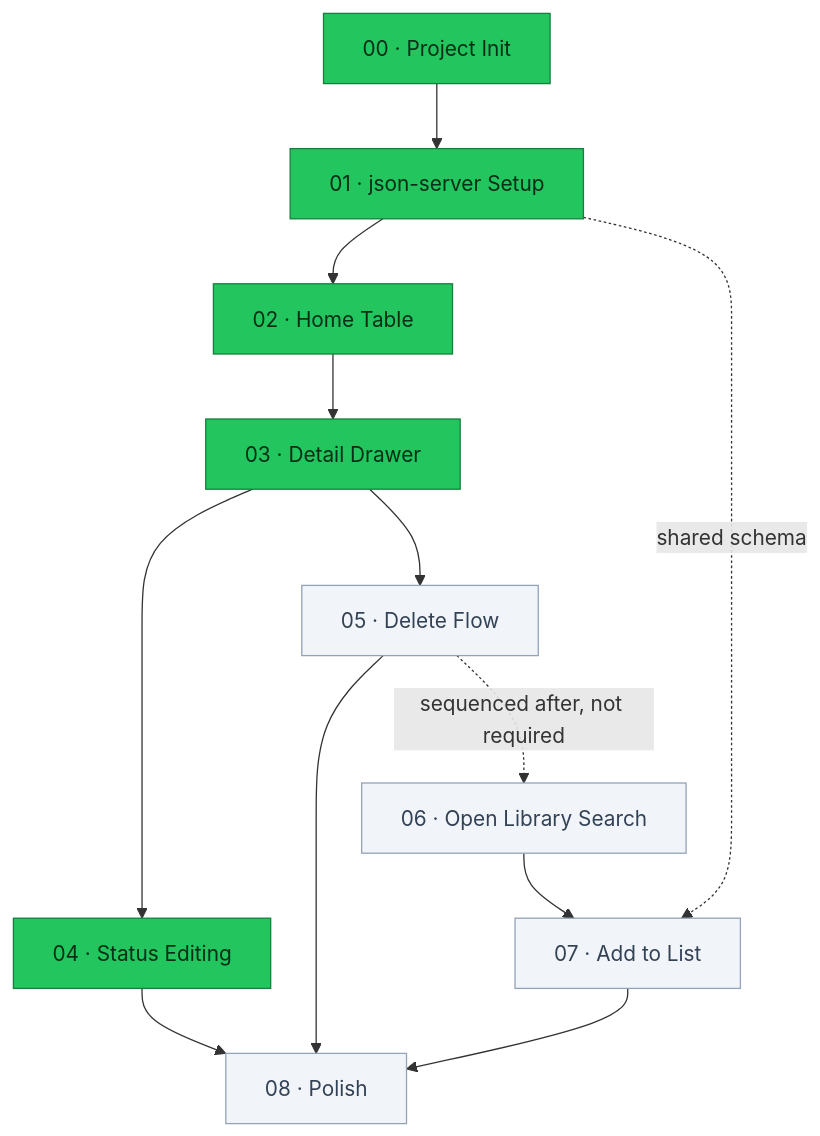
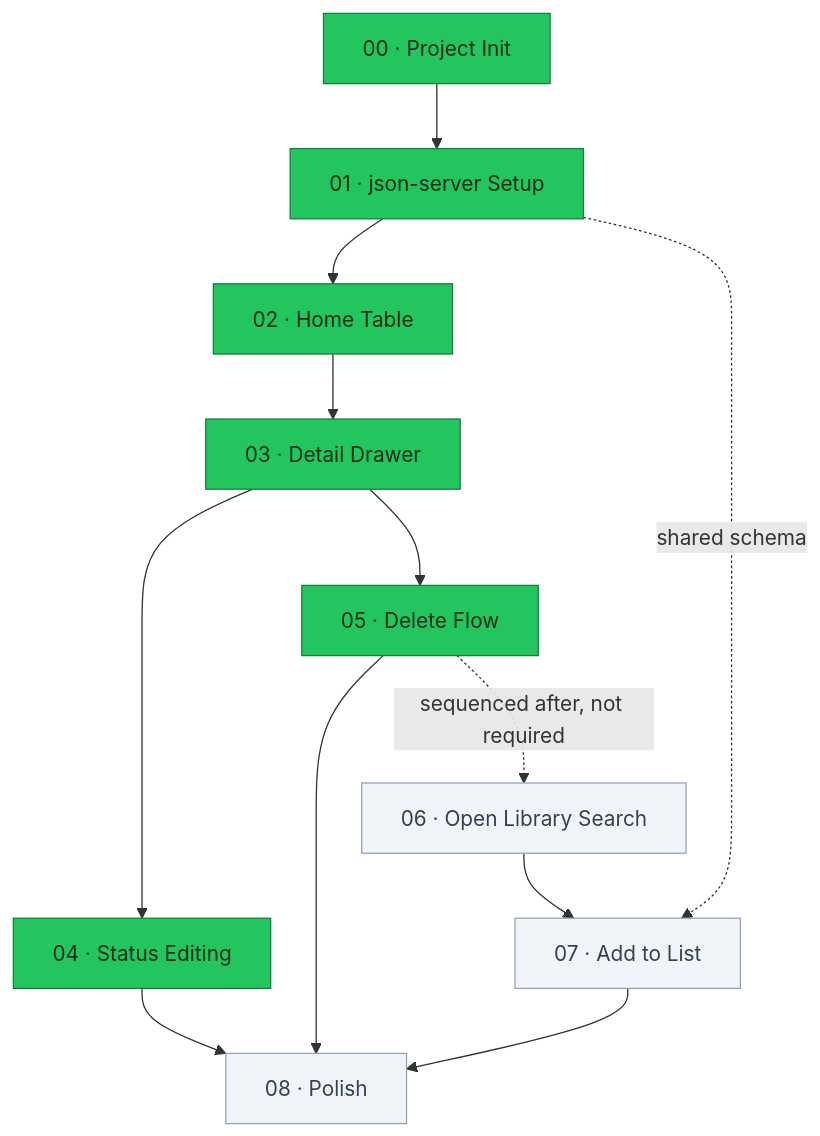
Before and after one commit to raki-rankawat/next-reading-list-app: the first of 3 diagrams in README.md, drawn with Mermaid. The commit also changed other lines of this file and 3 other files, not shown here.

````diff
--- a/README.md
+++ b/README.md
@@ -27,19 +27,19 @@
 ```mermaid
 flowchart TD
     F00["00 · Project Init"] --> F01["01 · json-server Setup"]
     F01 --> F02["02 · Home Table"]
     F02 --> F03["03 · Detail Drawer"]
     F03 --> F04["04 · Status Editing"]
     F03 --> F05["05 · Delete Flow"]
     F05 -.->|"sequenced after, not required"| F06["06 · Open Library Search"]
     F06 --> F07["07 · Add to List"]
     F01 -.->|"shared schema"| F07
     F04 --> F08["08 · Polish"]
     F05 --> F08
     F07 --> F08
 
     classDef done fill:#22c55e,stroke:#15803d,color:#052e16
     classDef todo fill:#f1f5f9,stroke:#94a3b8,color:#334155
-    class F00,F01,F02,F03,F04 done
-    class F05,F06,F07,F08 todo
+    class F00,F01,F02,F03,F04,F05 done
+    class F06,F07,F08 todo
 ```
````
